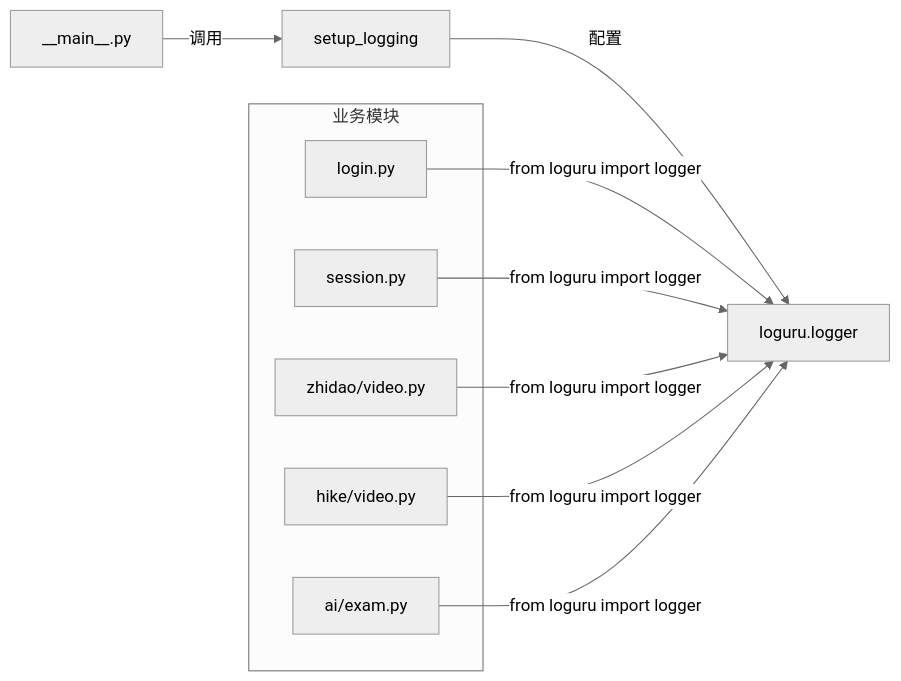
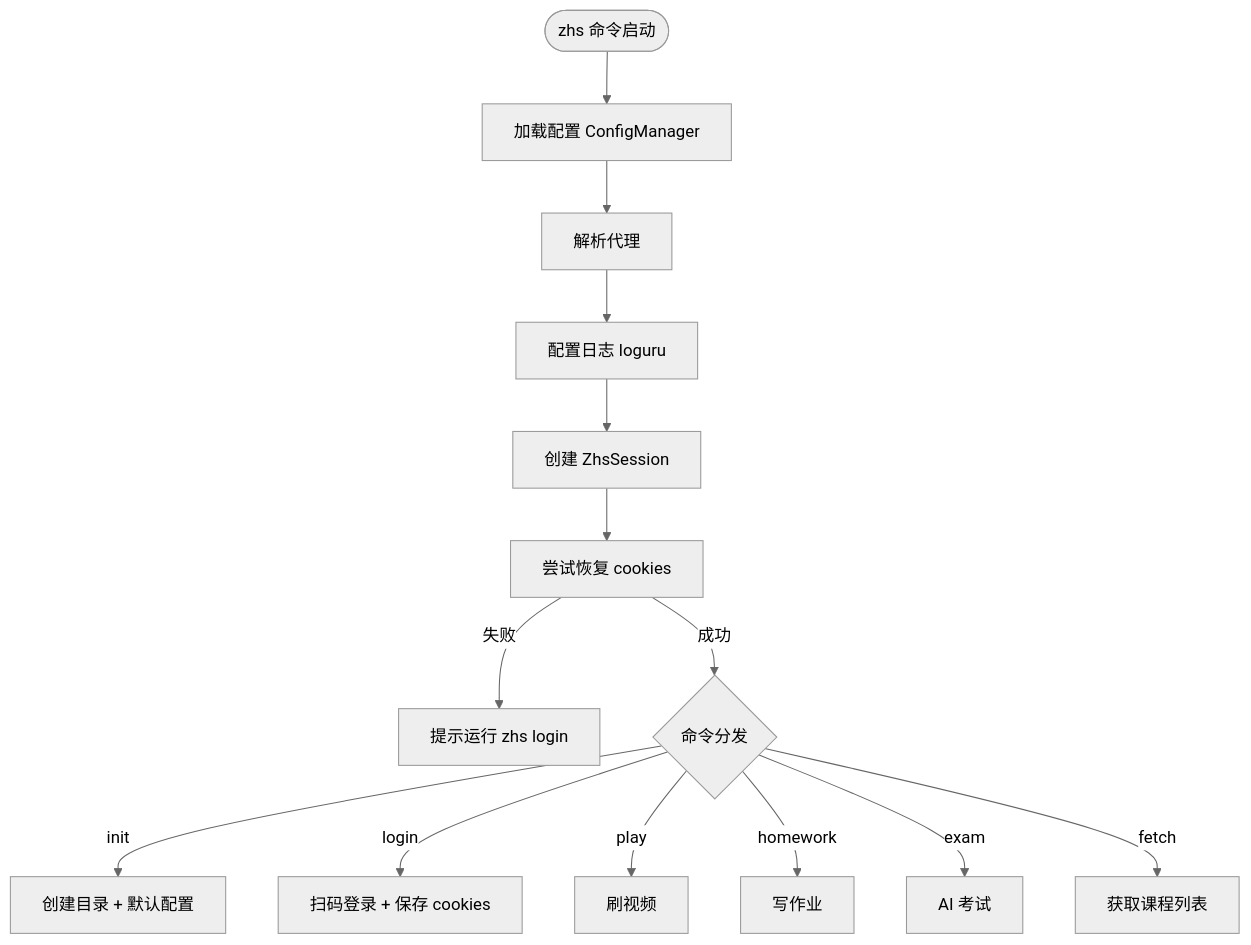
Before and after one commit to pjm314159/zhs: the eighth of 15 diagrams in docs/design.md, drawn with Mermaid (neutral theme). The commit also changed other lines of this file and 29 other files, not shown here.

````diff
--- a/docs/design.md
+++ b/docs/design.md
@@ -1198,19 +1649,17 @@
 ```mermaid
-flowchart LR
-    CLI[__main__.py] -->|调用| SetupLog[setup_logging]
-    SetupLog -->|配置| Loguru[loguru.logger]
+flowchart TD
+    Start([zhs 命令启动]) --> LoadConfig[加载配置 ConfigManager]
+    LoadConfig --> ParseProxy[解析代理]
+    ParseProxy --> SetupLog[配置日志 loguru]
+    SetupLog --> CreateSession[创建 ZhsSession]
+    CreateSession --> RestoreCookies[尝试恢复 cookies]
+    RestoreCookies -->|失败| PromptLogin[提示运行 zhs login]
+    RestoreCookies -->|成功| Dispatch{命令分发}
 
-    subgraph 业务模块
-        Login[login.py]
-        Session[session.py]
-        Video[zhidao/video.py]
-        Hike[hike/video.py]
-        Exam[ai/exam.py]
-    end
-
-    Login -->|from loguru import logger| Loguru
-    Session -->|from loguru import logger| Loguru
-    Video -->|from loguru import logger| Loguru
-    Hike -->|from loguru import logger| Loguru
-    Exam -->|from loguru import logger| Loguru
+    Dispatch -->|init| DoInit[创建目录 + 默认配置]
+    Dispatch -->|login| DoLogin[扫码登录 + 保存 cookies]
+    Dispatch -->|play| DoPlay[刷视频]
+    Dispatch -->|homework| DoHomework[写作业]
+    Dispatch -->|exam| DoExam[AI 考试]
+    Dispatch -->|fetch| DoFetch[获取课程列表]
 ```
````
